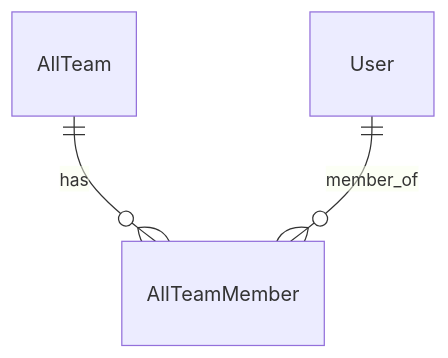
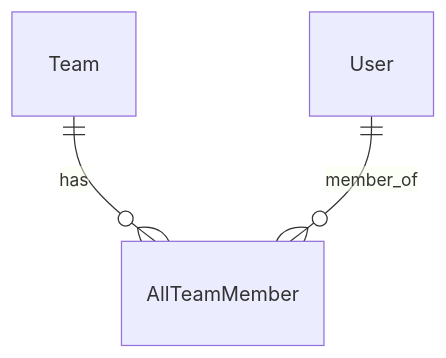
One commit to sendou-ink/sendou.ink changed diagram 12 of 16 in docs/dev/database-relations.md. Above: the diagram before and after it, drawn with Mermaid. The commit also changed other lines of this file and 79 other files, not shown here.

````diff
--- a/docs/dev/database-relations.md
+++ b/docs/dev/database-relations.md
@@ -160,5 +160,5 @@
 ```mermaid
 erDiagram
-    AllTeam ||--o{ AllTeamMember : has
+    Team ||--o{ AllTeamMember : has
     User ||--o{ AllTeamMember : member_of
 ```
````
